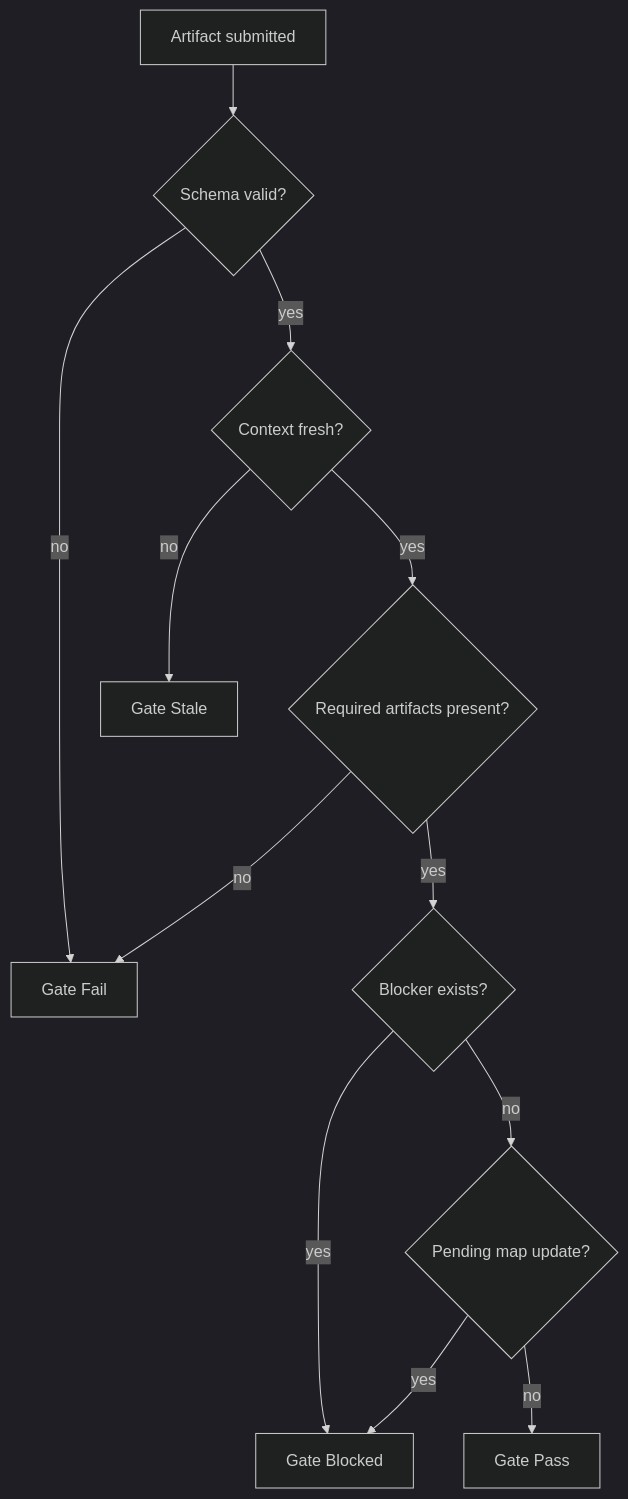
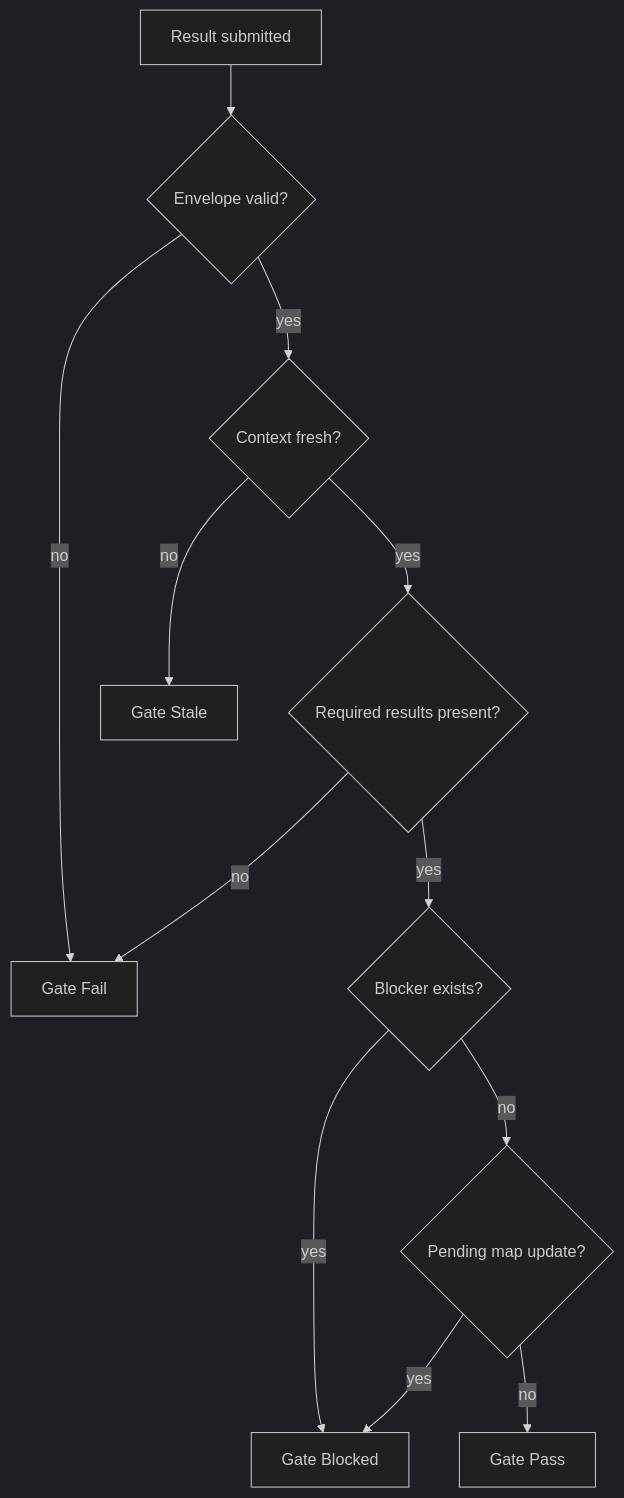
One commit to ceasarXuu/WhaleCode changed the third of 5 diagrams in docs/plans/2026-04-25-multi-agent-collaboration-architecture.md. Above: the diagram before and after it, drawn with Mermaid (dark theme). The commit also changed other lines of this file, not shown here.

Commit message:
docs: refine map result runtime semantics

````diff
--- a/docs/plans/2026-04-25-multi-agent-collaboration-architecture.md
+++ b/docs/plans/2026-04-25-multi-agent-collaboration-architecture.md
@@ -1322,14 +1436,14 @@
 ```mermaid
 flowchart TD
-    A["Artifact submitted"] --> B{"Schema valid?"}
+    A["Result submitted"] --> B{"Envelope valid?"}
     B -->|no| F["Gate Fail"]
     B -->|yes| C{"Context fresh?"}
     C -->|no| S["Gate Stale"]
-    C -->|yes| D{"Required artifacts present?"}
+    C -->|yes| D{"Required results present?"}
     D -->|no| F
     D -->|yes| E{"Blocker exists?"}
     E -->|yes| BL["Gate Blocked"]
     E -->|no| U{"Pending map update?"}
     U -->|yes| BL
     U -->|no| P["Gate Pass"]
 ```
````
